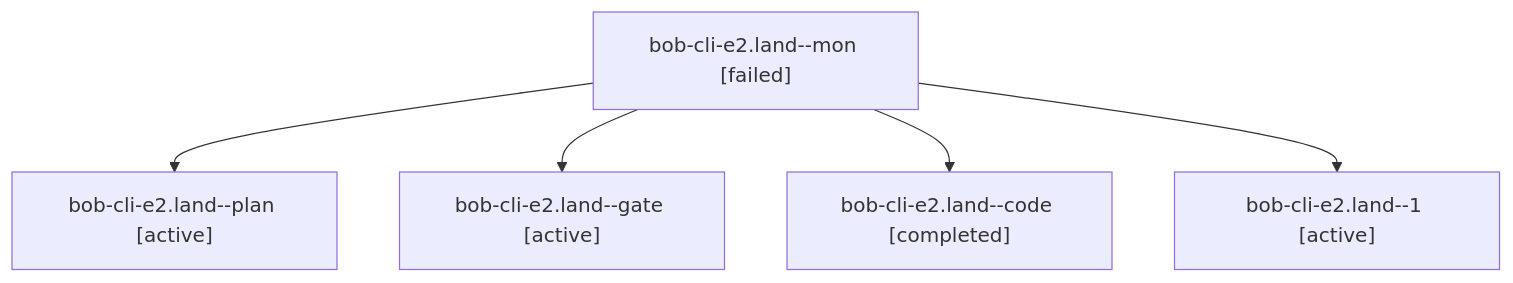
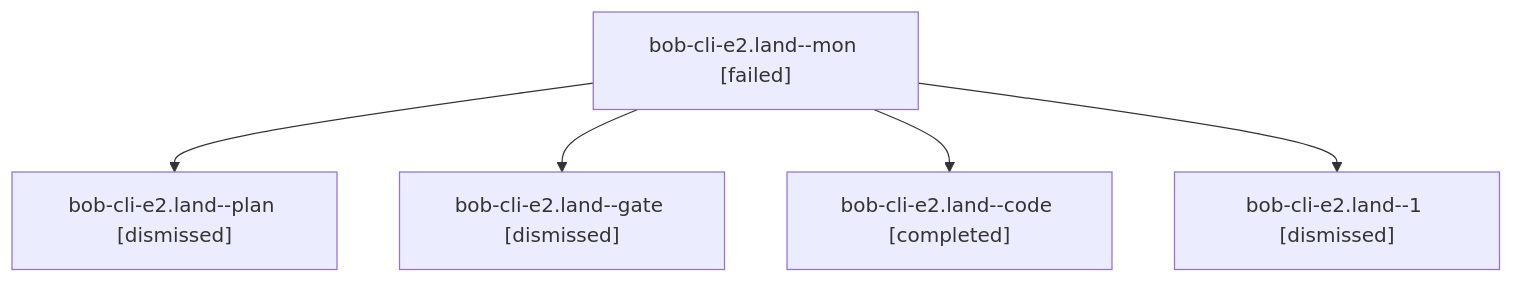
The diagram in sessions/bbugyi200.athena.bob-cli-e2.land.md (bobs-org/bob-cli--agents), drawn with Mermaid before and after one commit. The commit also changed other lines of this file and 44 other files, not shown here.

````diff
--- a/sessions/bbugyi200.athena.bob-cli-e2.land.md
+++ b/sessions/bbugyi200.athena.bob-cli-e2.land.md
@@ -9,12 +9,12 @@
 ```mermaid
 flowchart TD
   n0["bob-cli-e2.land--mon [failed]"]
-  n1["bob-cli-e2.land--plan [active]"]
+  n1["bob-cli-e2.land--plan [dismissed]"]
   n0 --> n1
-  n2["bob-cli-e2.land--gate [active]"]
+  n2["bob-cli-e2.land--gate [dismissed]"]
   n0 --> n2
   n3["bob-cli-e2.land--code [completed]"]
   n0 --> n3
-  n4["bob-cli-e2.land--1 [active]"]
+  n4["bob-cli-e2.land--1 [dismissed]"]
   n0 --> n4
 ```
````
